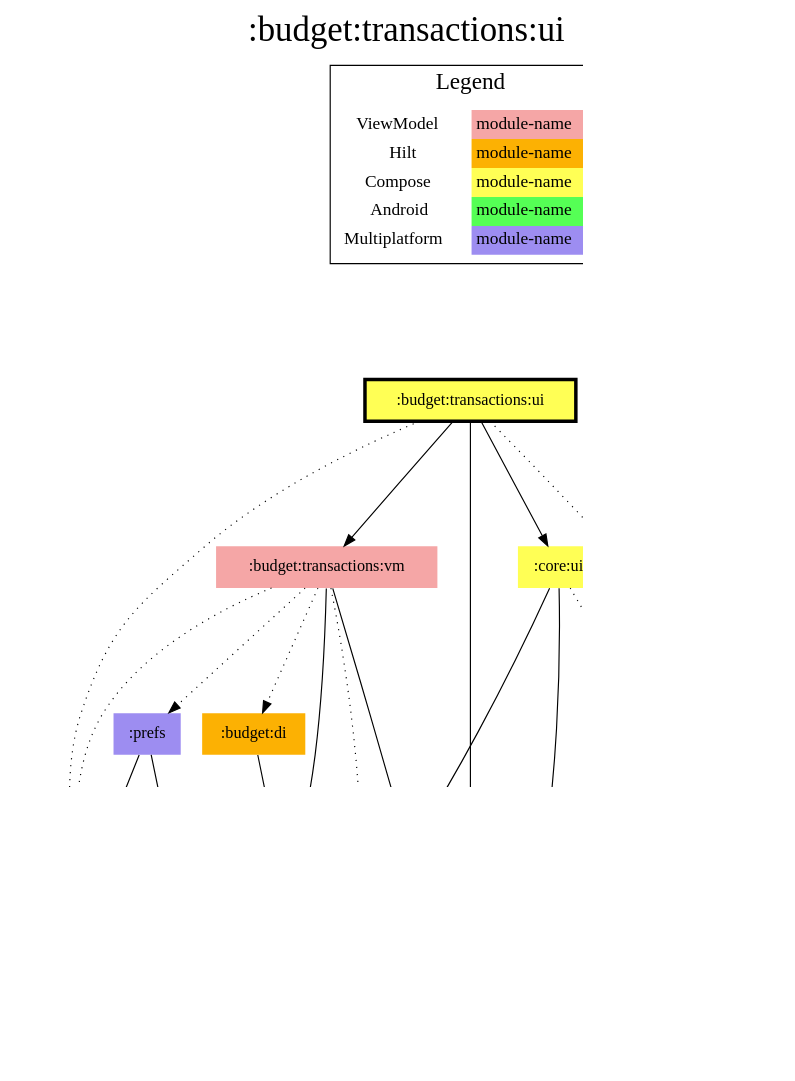
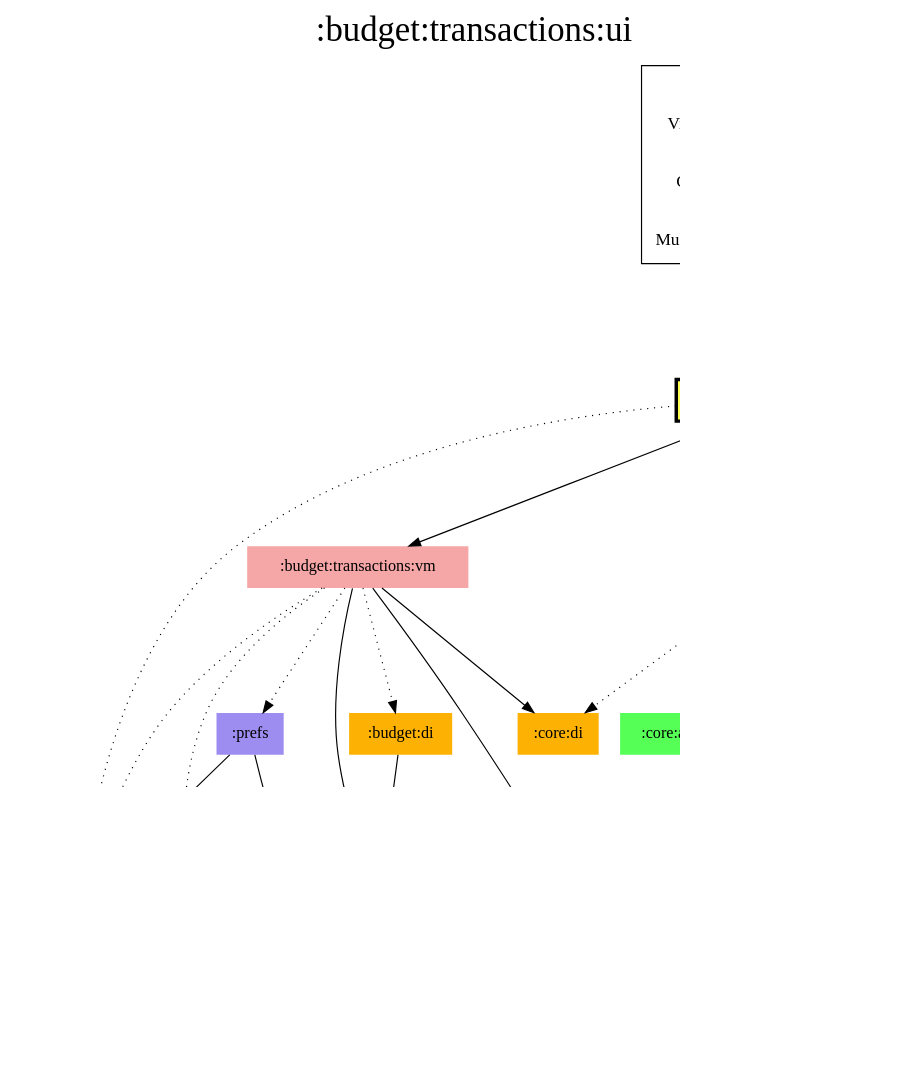
Before and after one commit to jonapoul/aktual: the diagram in modules/budget/transactions/ui/modules.dot, drawn with Graphviz. The commit also changed 217 other files, not shown here.

```diff
--- a/modules/budget/transactions/ui/modules.dot
+++ b/modules/budget/transactions/ui/modules.dot
@@ -1,56 +1,59 @@
 digraph {
 edge ["dir"="forward"]
 graph ["dpi"="100","label"=":budget:transactions:ui","labelloc"="t","fontsize"="30","ranksep"="1.5","rankdir"="TB"]
 node ["style"="filled"]
 ":account:model" ["fillcolor"="#9D8DF1","shape"="none"]
 ":budget:data" ["fillcolor"="#9D8DF1","shape"="none"]
 ":budget:di" ["fillcolor"="#FCB103","shape"="none"]
 ":budget:model" ["fillcolor"="#9D8DF1","shape"="none"]
 ":budget:transactions:ui" ["fillcolor"="#FFFF55","color"="black","penwidth"="3","shape"="box"]
 ":budget:transactions:vm" ["fillcolor"="#F5A6A6","shape"="none"]
 ":core:android" ["fillcolor"="#55FF55","shape"="none"]
+":core:di" ["fillcolor"="#FCB103","shape"="none"]
 ":core:model" ["fillcolor"="#9D8DF1","shape"="none"]
 ":core:ui" ["fillcolor"="#FFFF55","shape"="none"]
 ":l10n" ["fillcolor"="#9D8DF1","shape"="none"]
 ":logging" ["fillcolor"="#9D8DF1","shape"="none"]
 ":prefs" ["fillcolor"="#9D8DF1","shape"="none"]
 {
 edge ["dir"="none"]
 graph ["rank"="same"]
 ":budget:transactions:ui"
 }
 ":budget:data" -> ":budget:model"
 ":budget:data" -> ":core:model"
 ":budget:data" -> ":logging" ["style"="dotted"]
 ":budget:di" -> ":budget:data"
 ":budget:transactions:ui" -> ":account:model" ["style"="dotted"]
 ":budget:transactions:ui" -> ":budget:model"
 ":budget:transactions:ui" -> ":budget:transactions:vm"
 ":budget:transactions:ui" -> ":core:ui"
 ":budget:transactions:ui" -> ":l10n" ["style"="dotted"]
 ":budget:transactions:vm" -> ":account:model" ["style"="dotted"]
 ":budget:transactions:vm" -> ":budget:data"
 ":budget:transactions:vm" -> ":budget:di" ["style"="dotted"]
 ":budget:transactions:vm" -> ":budget:model"
+":budget:transactions:vm" -> ":core:di"
 ":budget:transactions:vm" -> ":logging" ["style"="dotted"]
 ":budget:transactions:vm" -> ":prefs" ["style"="dotted"]
 ":core:ui" -> ":budget:model"
 ":core:ui" -> ":core:android" ["style"="dotted"]
+":core:ui" -> ":core:di" ["style"="dotted"]
 ":core:ui" -> ":core:model"
 ":core:ui" -> ":l10n" ["style"="dotted"]
 ":prefs" -> ":account:model"
 ":prefs" -> ":core:model"
 subgraph "cluster_legend" {
 edge ["dir"="none"]
 graph ["label"="Legend","fontsize"="20"]
 "Legend" ["style"="filled","fillcolor"="#FFFFFF","shape"="none","margin"="0","fontsize"="15","label"=<
 <TABLE BORDER="0" CELLBORDER="0" CELLSPACING="0" CELLPADDING="4">
 <TR><TD>ViewModel</TD><TD BGCOLOR="#F5A6A6">module-name</TD></TR>
-<TR><TD>Hilt</TD><TD BGCOLOR="#FCB103">module-name</TD></TR>
+<TR><TD>DI</TD><TD BGCOLOR="#FCB103">module-name</TD></TR>
 <TR><TD>Compose</TD><TD BGCOLOR="#FFFF55">module-name</TD></TR>
 <TR><TD>Android</TD><TD BGCOLOR="#55FF55">module-name</TD></TR>
 <TR><TD>Multiplatform</TD><TD BGCOLOR="#9D8DF1">module-name</TD></TR>
 </TABLE>
 >]
 } -> ":budget:transactions:ui" ["style"="invis"]
 }
```
